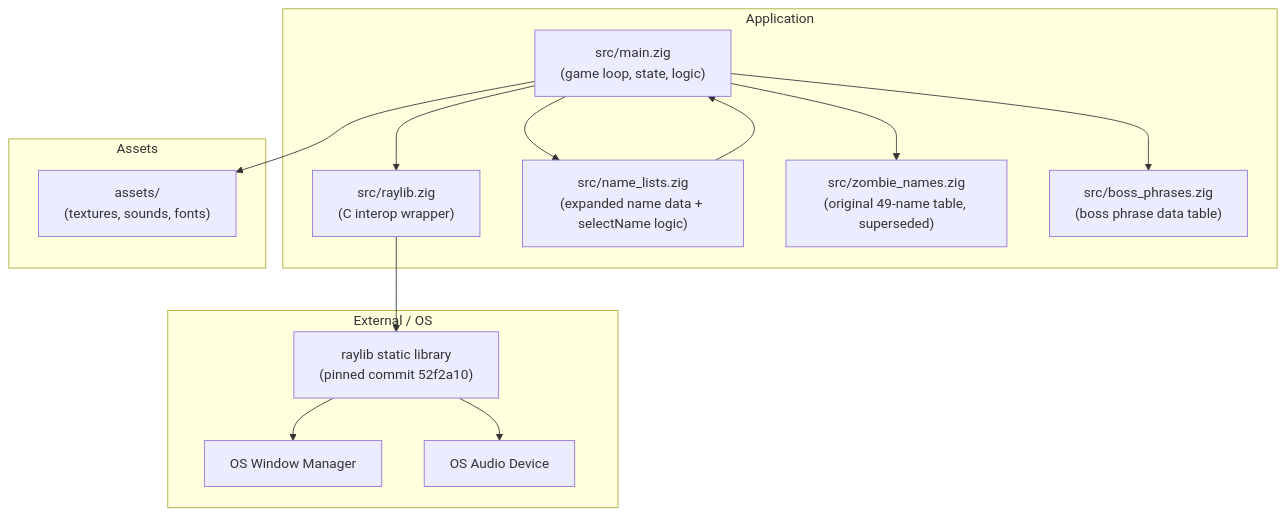
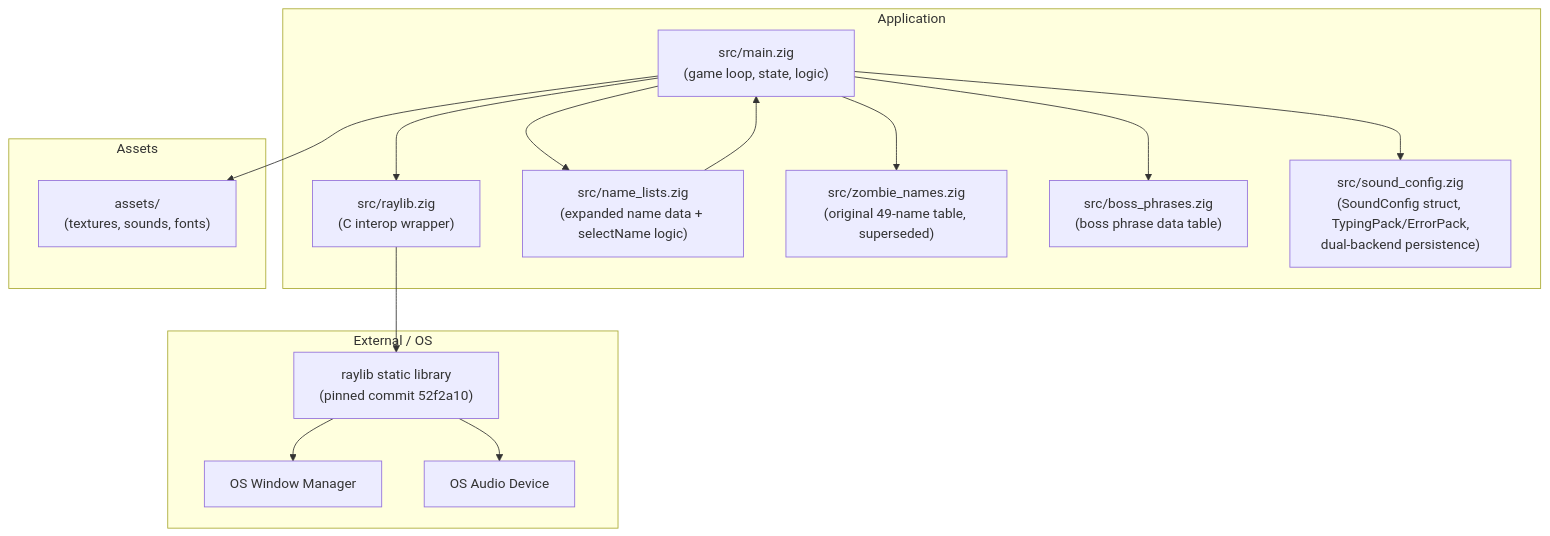
Before and after one commit to bfernandez31/death-note: the first of 3 diagrams in specs/specifications/architecture.md, drawn with Mermaid. The commit also changed other lines of this file and 3 other files, not shown here.

````diff
--- a/specs/specifications/architecture.md
+++ b/specs/specifications/architecture.md
@@ -41,30 +41,32 @@
 ```mermaid
 graph TB
     subgraph Application
         MAIN["src/main.zig\n(game loop, state, logic)"]
         RLIB["src/raylib.zig\n(C interop wrapper)"]
         NAMELISTS["src/name_lists.zig\n(expanded name data + selectName logic)"]
         NAMES["src/zombie_names.zig\n(original 49-name table, superseded)"]
         PHRASES["src/boss_phrases.zig\n(boss phrase data table)"]
+        SOUNDCFG["src/sound_config.zig\n(SoundConfig struct, TypingPack/ErrorPack,\ndual-backend persistence)"]
     end
 
     subgraph External_OS["External / OS"]
         RAYLIB_LIB["raylib static library\n(pinned commit 52f2a10)"]
         WINDOW["OS Window Manager"]
         AUDIO["OS Audio Device"]
     end
 
     subgraph Assets
         ASSETS["assets/\n(textures, sounds, fonts)"]
     end
 
     MAIN --> RLIB
     MAIN --> NAMELISTS
     MAIN --> NAMES
     MAIN --> PHRASES
+    MAIN --> SOUNDCFG
     NAMELISTS --> MAIN
     RLIB --> RAYLIB_LIB
     RAYLIB_LIB --> WINDOW
     RAYLIB_LIB --> AUDIO
     MAIN --> ASSETS
 ```
````
